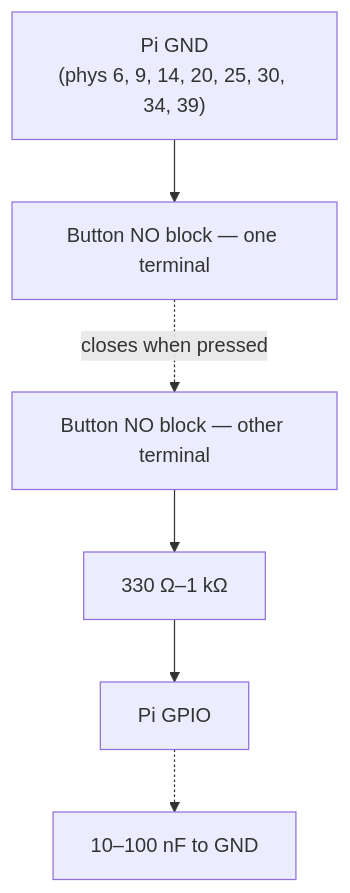
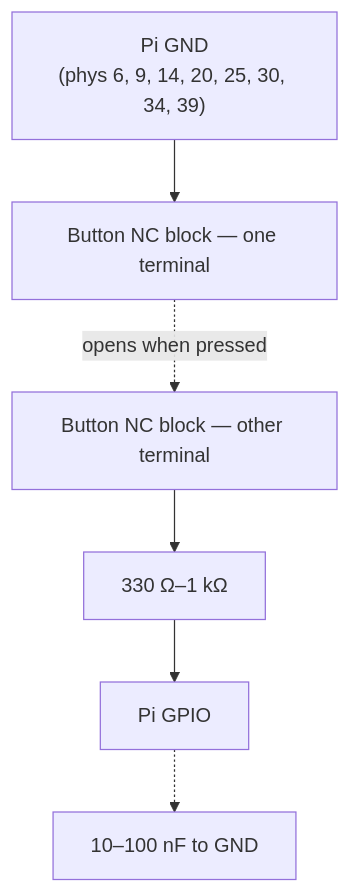
One commit to Team841/bioarena changed the fourth of 7 diagrams in docs/hardware-wiring.md. Above: the diagram before and after it, drawn with Mermaid. The commit also changed other lines of this file and 10 other files, not shown here.

````diff
--- a/docs/hardware-wiring.md
+++ b/docs/hardware-wiring.md
@@ -172,14 +172,14 @@
 ```mermaid
 flowchart TD
     PGND["Pi GND\n(phys 6, 9, 14, 20, 25, 30, 34, 39)"]
-    BTNC["Button NO block — one terminal"]
-    NO["Button NO block — other terminal"]
-    RNO["330 Ω–1 kΩ"]
-    CNO["10–100 nF to GND"]
-    GNO["Pi GPIO"]
+    BTNC["Button NC block — one terminal"]
+    NC["Button NC block — other terminal"]
+    RNC["330 Ω–1 kΩ"]
+    CNC["10–100 nF to GND"]
+    GNC["Pi GPIO"]
 
     PGND --> BTNC
-    BTNC -. "closes when pressed" .-> NO
-    NO --> RNO --> GNO
-    GNO -.-> CNO
+    BTNC -. "opens when pressed" .-> NC
+    NC --> RNC --> GNC
+    GNC -.-> CNC
 ```
````
